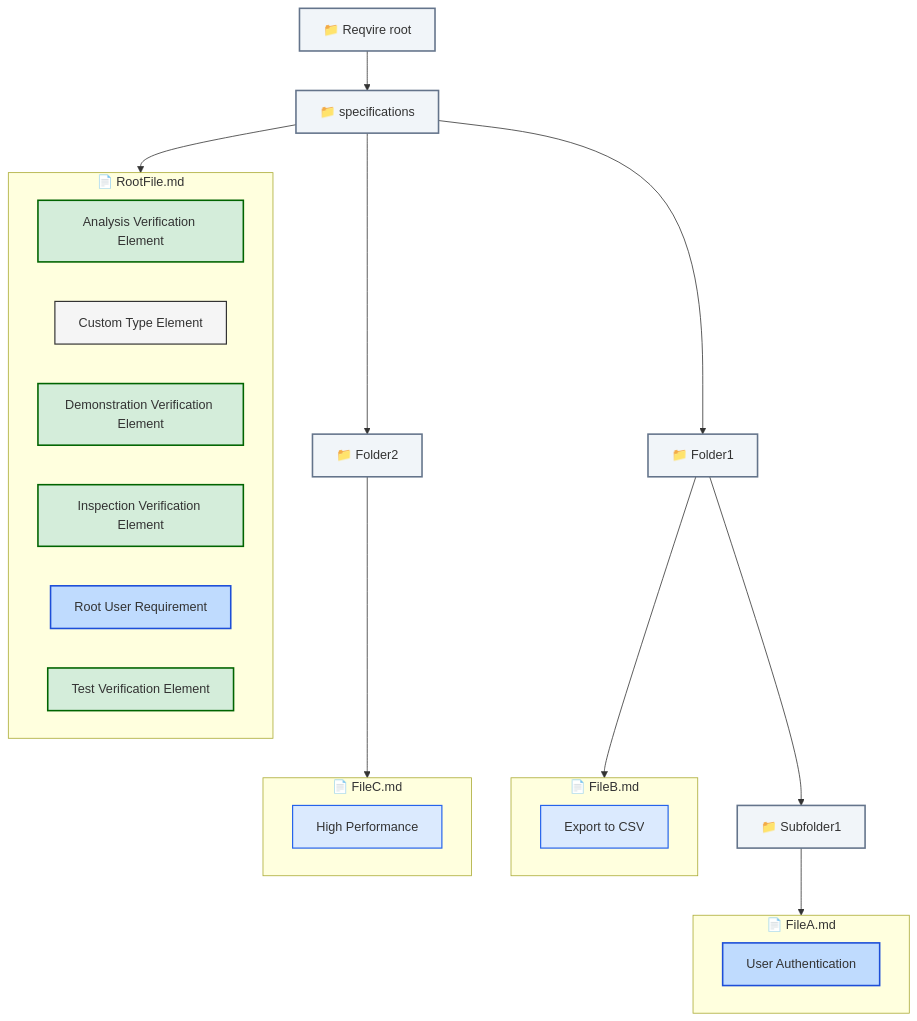
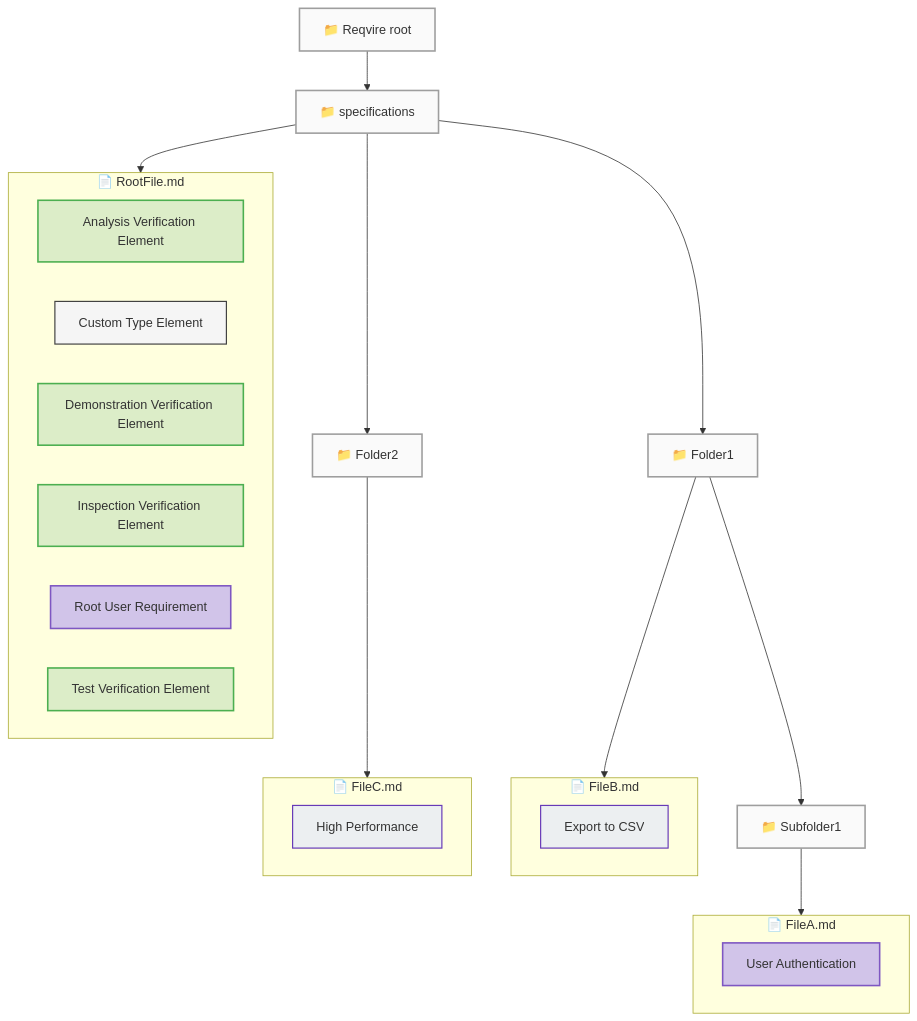
One commit to reqvire-org/reqvire changed the diagram in tests/test-containment-view/expected-containment-output.md. Above: the diagram before and after it, drawn with Mermaid. The commit also changed 60 other files, not shown here.

First line of the commit message:
Refine web interface styling and update diagram colors

````diff
--- a/tests/test-containment-view/expected-containment-output.md
+++ b/tests/test-containment-view/expected-containment-output.md
@@ -3,80 +3,80 @@
 ```mermaid
 graph TD
   %% Graph styling
-  classDef userRequirement fill:#bfdbfe,stroke:#1d4ed8,stroke-width:2px;
-  classDef systemRequirement fill:#dbeafe,stroke:#2563EB,stroke-width:1.5px;
-  classDef requirement fill:#dbeafe,stroke:#2563EB,stroke-width:1.5px;
-  classDef verification fill:#d4edda,stroke:#006400,stroke-width:2px;
-  classDef default fill:#f5f5f5,stroke:#333333,stroke-width:1.5px;
-  classDef folder fill:#f1f5f9,stroke:#64748B,stroke-width:2px;
-  classDef file fill:#fef3c7,stroke:#D97706,stroke-width:2px;
+  classDef userRequirement fill:#D1C4E9,stroke:#7E57C2,stroke-width:2px;
+  classDef systemRequirement fill:#E1D8EE,stroke:#673AB7,stroke-width:1.5px;
+  classDef requirement fill:#ECEFF1,stroke:#673AB7,stroke-width:1.5px;
+  classDef verification fill:#DCEDC8,stroke:#4CAF50,stroke-width:2px;
+  classDef default fill:#F5F5F5,stroke:#424242,stroke-width:1.5px;
+  classDef folder fill:#FAFAFA,stroke:#9E9E9E,stroke-width:2px;
+  classDef file fill:#FFF8E1,stroke:#FFCA28,stroke-width:2px;
 
   root["📁 Reqvire root"]
   class root folder
 
   specifications["📁 specifications"]
   root --> specifications
   class specifications folder
   specifications_Folder1["📁 Folder1"]
   specifications --> specifications_Folder1
   class specifications_Folder1 folder
   specifications_Folder1_Subfolder1["📁 Subfolder1"]
   specifications_Folder1 --> specifications_Folder1_Subfolder1
   class specifications_Folder1_Subfolder1 folder
   subgraph specifications/Folder1/Subfolder1/FileA["📄 FileA.md"]
     58d1cd147301f9e3["User Authentication"]
   end
   specifications_Folder1_Subfolder1 --> specifications/Folder1/Subfolder1/FileA
   subgraph specifications/Folder1/FileB["📄 FileB.md"]
     e08a9833904afb54["Export to CSV"]
   end
   specifications_Folder1 --> specifications/Folder1/FileB
   specifications_Folder2["📁 Folder2"]
   specifications --> specifications_Folder2
   class specifications_Folder2 folder
   subgraph specifications/Folder2/FileC["📄 FileC.md"]
     25af44158bf43fcc["High Performance"]
   end
   specifications_Folder2 --> specifications/Folder2/FileC
   subgraph specifications/RootFile["📄 RootFile.md"]
     8be34e37b1135168["Analysis Verification Element"]
     17cdb2bd8b866540["Custom Type Element"]
     27ce8e2d3add00a7["Demonstration Verification Element"]
     e65293d51dd83e69["Inspection Verification Element"]
     2a302bfb04c46059["Root User Requirement"]
     939fef5f29ad393f["Test Verification Element"]
   end
   specifications --> specifications/RootFile
 
   %% Element type styling
   class e08a9833904afb54 requirement
   class f0838bb4b888bb69 requirement
   class 490e1613c01f9f25 requirement
   class b9b9c21ca4e8fef6 requirement
   class 58d1cd147301f9e3 userRequirement
   class 25af44158bf43fcc requirement
   class 06d646615c67db9c requirement
   class 8be34e37b1135168 verification
   class 17cdb2bd8b866540 default
   class 27ce8e2d3add00a7 verification
   class e65293d51dd83e69 verification
   class e7f7eefa12a25e33 requirement
   class 2a302bfb04c46059 userRequirement
   class 939fef5f29ad393f verification
 
   %% Clickable links
   click e08a9833904afb54 "specifications/Folder1/FileB.md#export-to-csv"
   click f0838bb4b888bb69 "specifications/Folder1/FileB.md#import-from-json"
   click 490e1613c01f9f25 "specifications/Folder1/Subfolder1/FileA.md#data-validation"
   click b9b9c21ca4e8fef6 "specifications/Folder1/Subfolder1/FileA.md#error-logging"
   click 58d1cd147301f9e3 "specifications/Folder1/Subfolder1/FileA.md#user-authentication"
   click 25af44158bf43fcc "specifications/Folder2/FileC.md#high-performance"
   click 06d646615c67db9c "specifications/Folder2/FileC.md#scalability"
   click 8be34e37b1135168 "specifications/RootFile.md#analysis-verification-element"
   click 17cdb2bd8b866540 "specifications/RootFile.md#custom-type-element"
   click 27ce8e2d3add00a7 "specifications/RootFile.md#demonstration-verification-element"
   click e65293d51dd83e69 "specifications/RootFile.md#inspection-verification-element"
   click e7f7eefa12a25e33 "specifications/RootFile.md#root-system-requirement"
   click 2a302bfb04c46059 "specifications/RootFile.md#root-user-requirement"
   click 939fef5f29ad393f "specifications/RootFile.md#test-verification-element"
 ```
````
